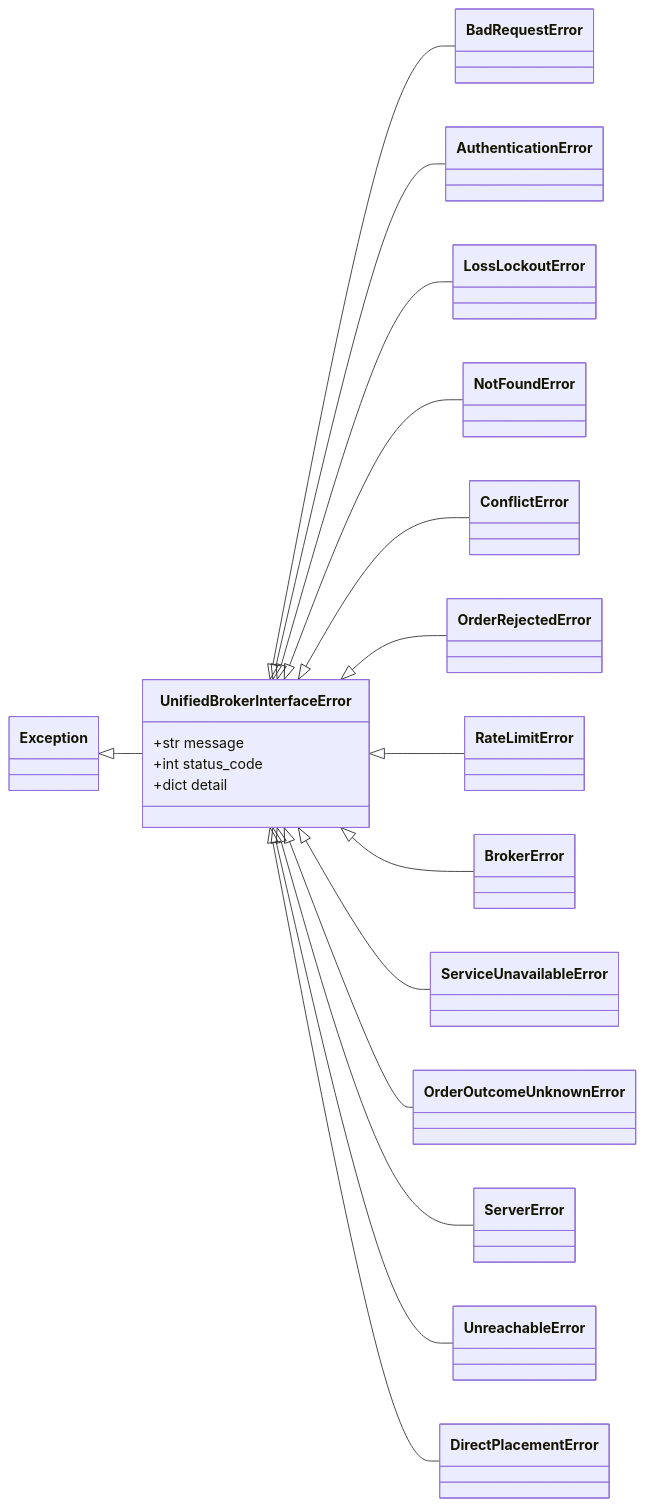
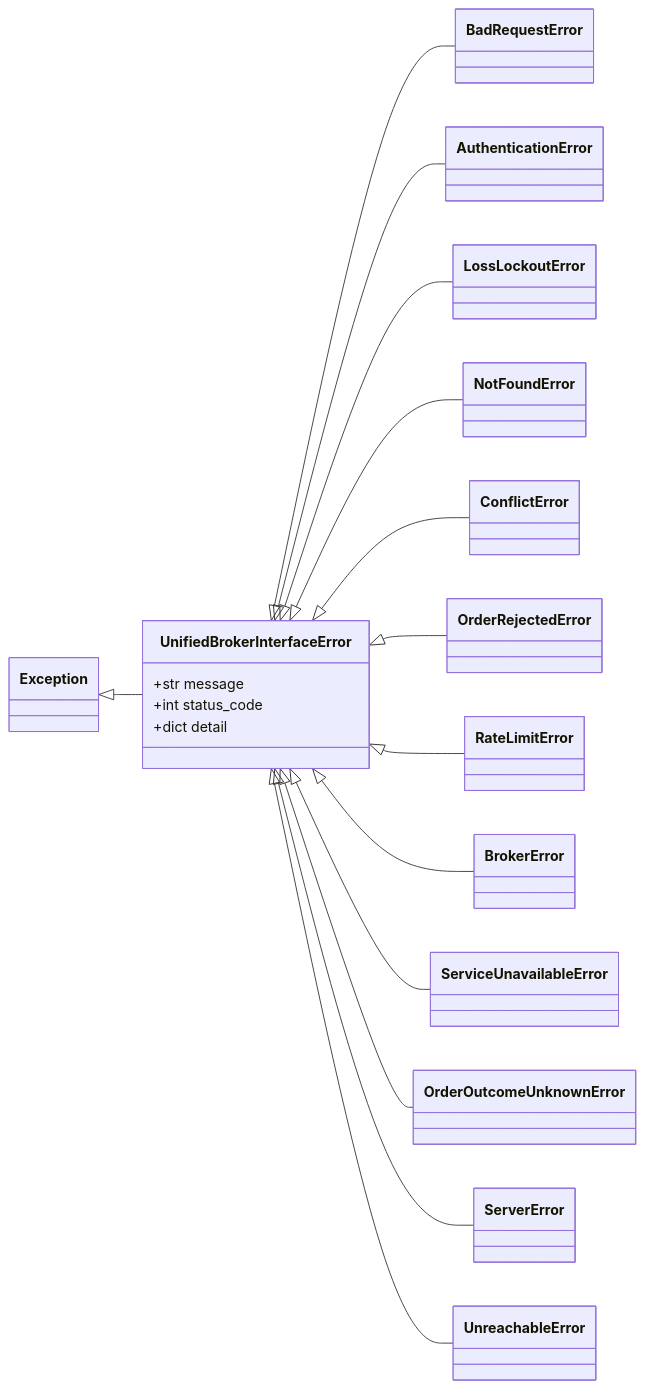
Before and after one commit to pramodathani/tradingmachine: the first of 3 diagrams in docs/python-api/errors.md, drawn with Mermaid. The commit also changed other lines of this file and 29 other files, not shown here.

````diff
--- a/docs/python-api/errors.md
+++ b/docs/python-api/errors.md
@@ -22,23 +21,22 @@
 ```mermaid
 classDiagram
     direction LR
     Exception <|-- UnifiedBrokerInterfaceError
     UnifiedBrokerInterfaceError <|-- BadRequestError
     UnifiedBrokerInterfaceError <|-- AuthenticationError
     UnifiedBrokerInterfaceError <|-- LossLockoutError
     UnifiedBrokerInterfaceError <|-- NotFoundError
     UnifiedBrokerInterfaceError <|-- ConflictError
     UnifiedBrokerInterfaceError <|-- OrderRejectedError
     UnifiedBrokerInterfaceError <|-- RateLimitError
     UnifiedBrokerInterfaceError <|-- BrokerError
     UnifiedBrokerInterfaceError <|-- ServiceUnavailableError
     UnifiedBrokerInterfaceError <|-- OrderOutcomeUnknownError
     UnifiedBrokerInterfaceError <|-- ServerError
     UnifiedBrokerInterfaceError <|-- UnreachableError
-    UnifiedBrokerInterfaceError <|-- DirectPlacementError
     class UnifiedBrokerInterfaceError {
         +str message
         +int status_code
         +dict detail
     }
 ```
````
